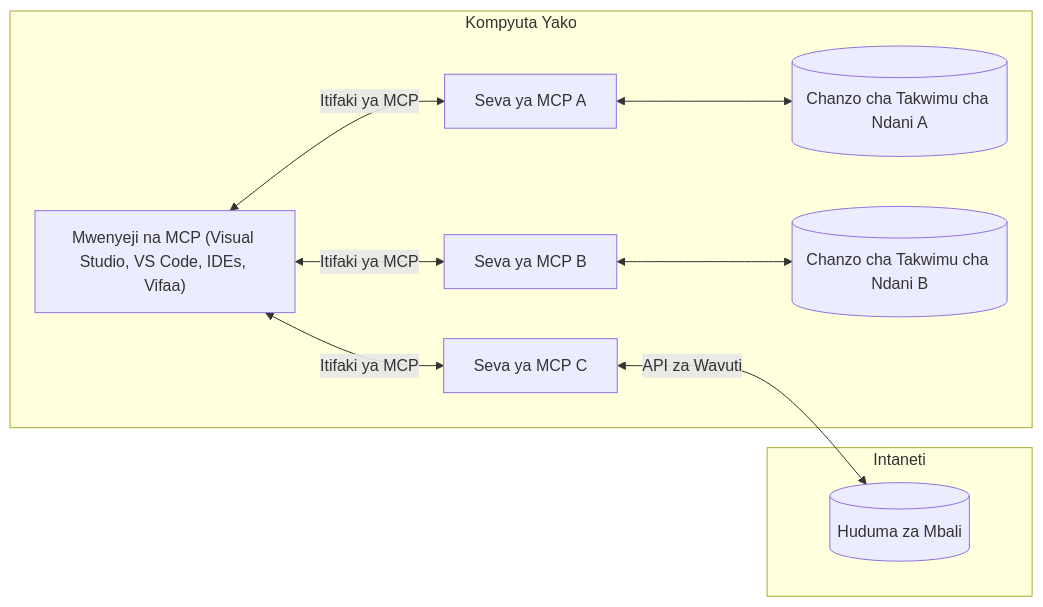
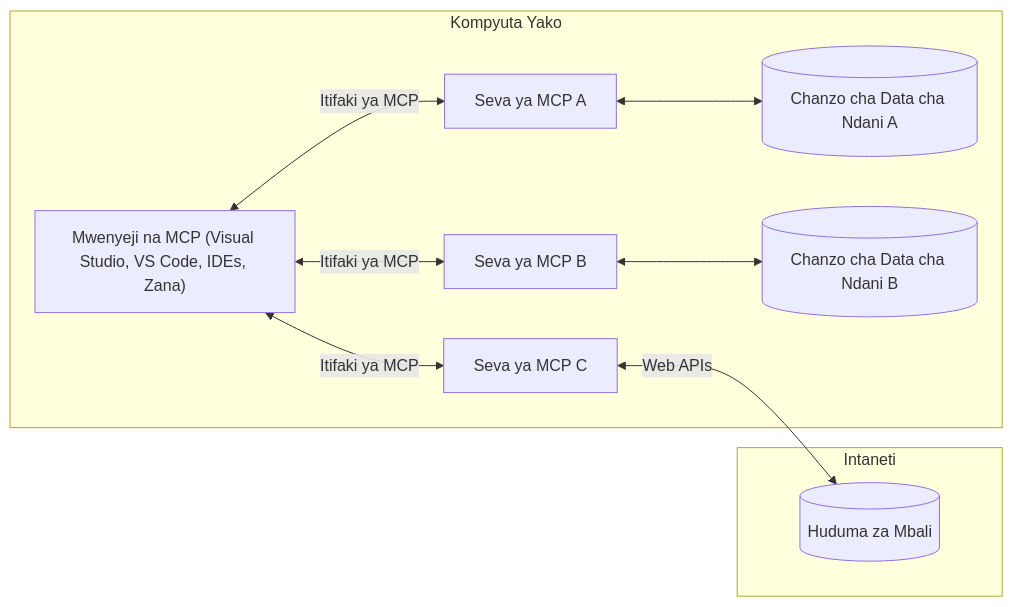
The diagram in translations/sw/01-CoreConcepts/README.md (Mu-L/mcp-for-beginners), drawn with Mermaid before and after one commit. The commit also changed other lines of this file and 5 other files, not shown here.

````diff
--- a/translations/sw/01-CoreConcepts/README.md
+++ b/translations/sw/01-CoreConcepts/README.md
@@ -45,17 +45,17 @@
 ```mermaid
 flowchart LR
     subgraph "Kompyuta Yako"
-        Host["Mwenyeji na MCP (Visual Studio, VS Code, IDEs, Vifaa)"]
+        Host["Mwenyeji na MCP (Visual Studio, VS Code, IDEs, Zana)"]
         S1["Seva ya MCP A"]
         S2["Seva ya MCP B"]
         S3["Seva ya MCP C"]
         Host <-->|"Itifaki ya MCP"| S1
         Host <-->|"Itifaki ya MCP"| S2
         Host <-->|"Itifaki ya MCP"| S3
-        S1 <--> D1[("Chanzo cha Takwimu cha Ndani A")]
-        S2 <--> D2[("Chanzo cha Takwimu cha Ndani B")]
+        S1 <--> D1[("Chanzo cha Data cha Ndani A")]
+        S2 <--> D2[("Chanzo cha Data cha Ndani B")]
     end
     subgraph "Intaneti"
-        S3 <-->|"API za Wavuti"| D3[("Huduma za Mbali")]
+        S3 <-->|"Web APIs"| D3[("Huduma za Mbali")]
     end
-```  
+```
````
